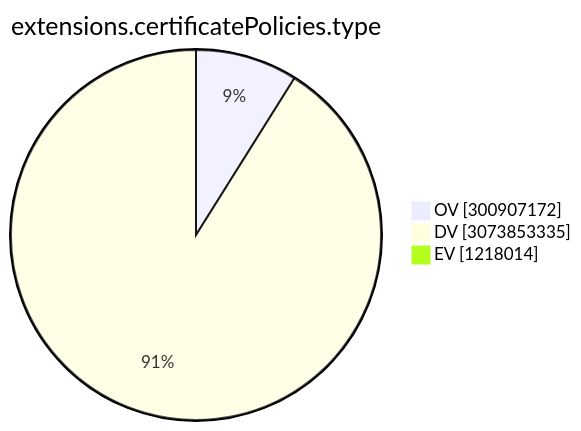
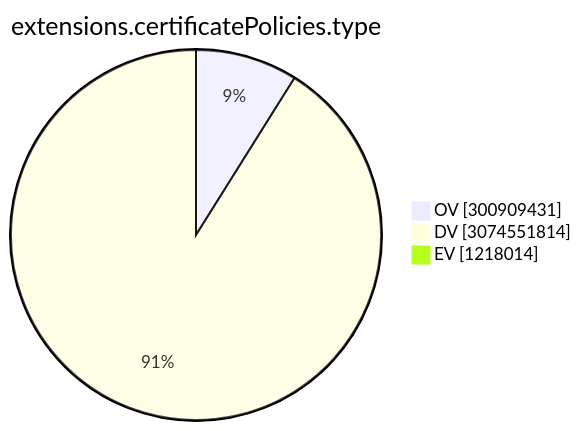
Before and after one commit to christiankrug/ctmonitor_visualization: the ninth of 15 diagrams in TOTAL/README.md, drawn with Mermaid. The commit also changed other lines of this file, not shown here.

````diff
--- a/TOTAL/README.md
+++ b/TOTAL/README.md
@@ -3102,7 +3102,7 @@
 ```mermaid
 pie showData
 title extensions.certificatePolicies.type
-"OV" :300907172
-"DV" :3073853335
+"OV" :300909431
+"DV" :3074551814
 "EV" :1218014
 ```
````
